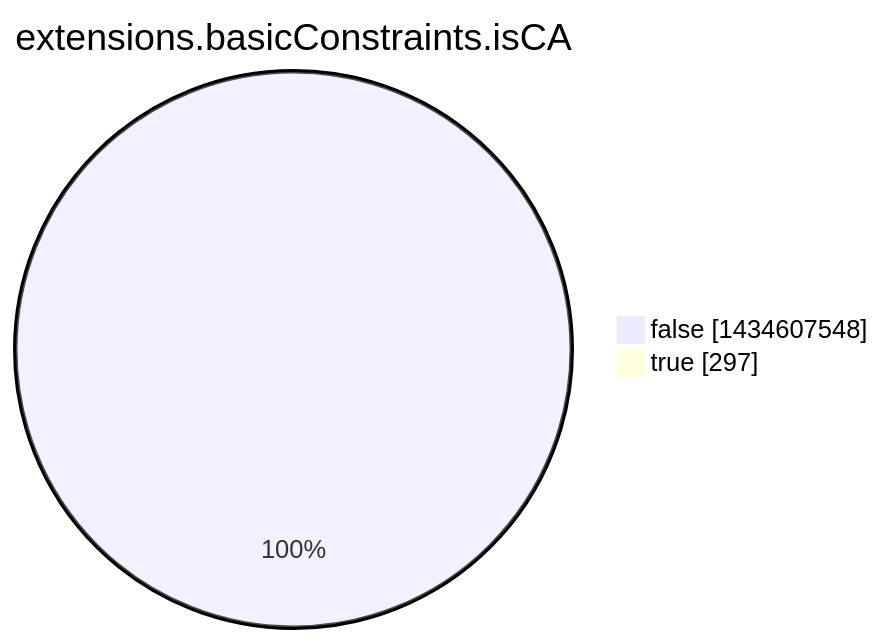
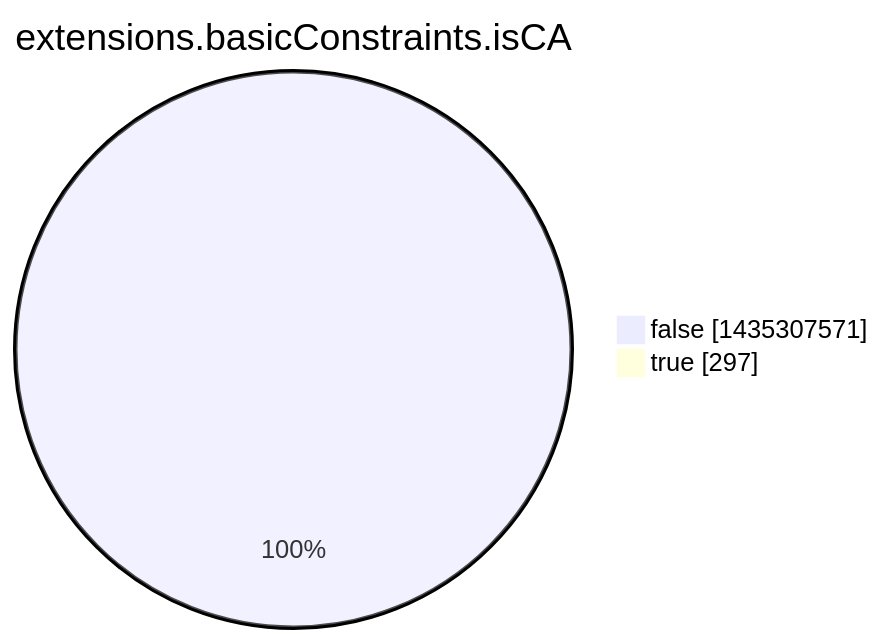
Before and after one commit to christiankrug/ctmonitor_visualization: the eighth of 15 diagrams in argon2022/README.md, drawn with Mermaid. The commit also changed other lines of this file, not shown here.

````diff
--- a/argon2022/README.md
+++ b/argon2022/README.md
@@ -2760,6 +2760,6 @@
 ```mermaid
 pie showData
 title extensions.basicConstraints.isCA
-"false" :1434607548
+"false" :1435307571
 "true" :297
 ```
````
